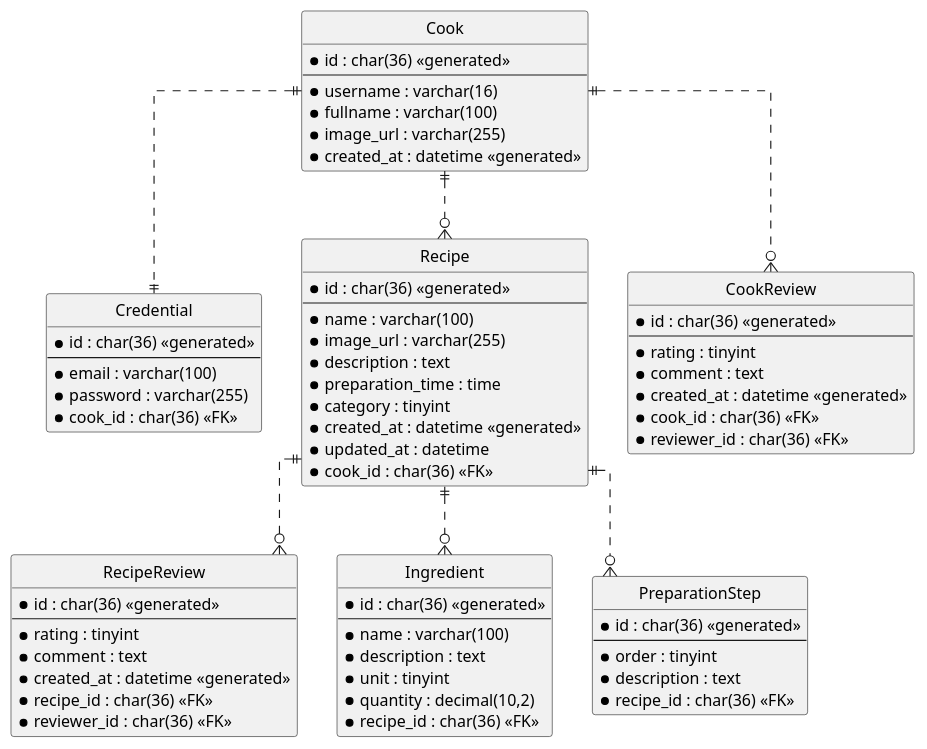
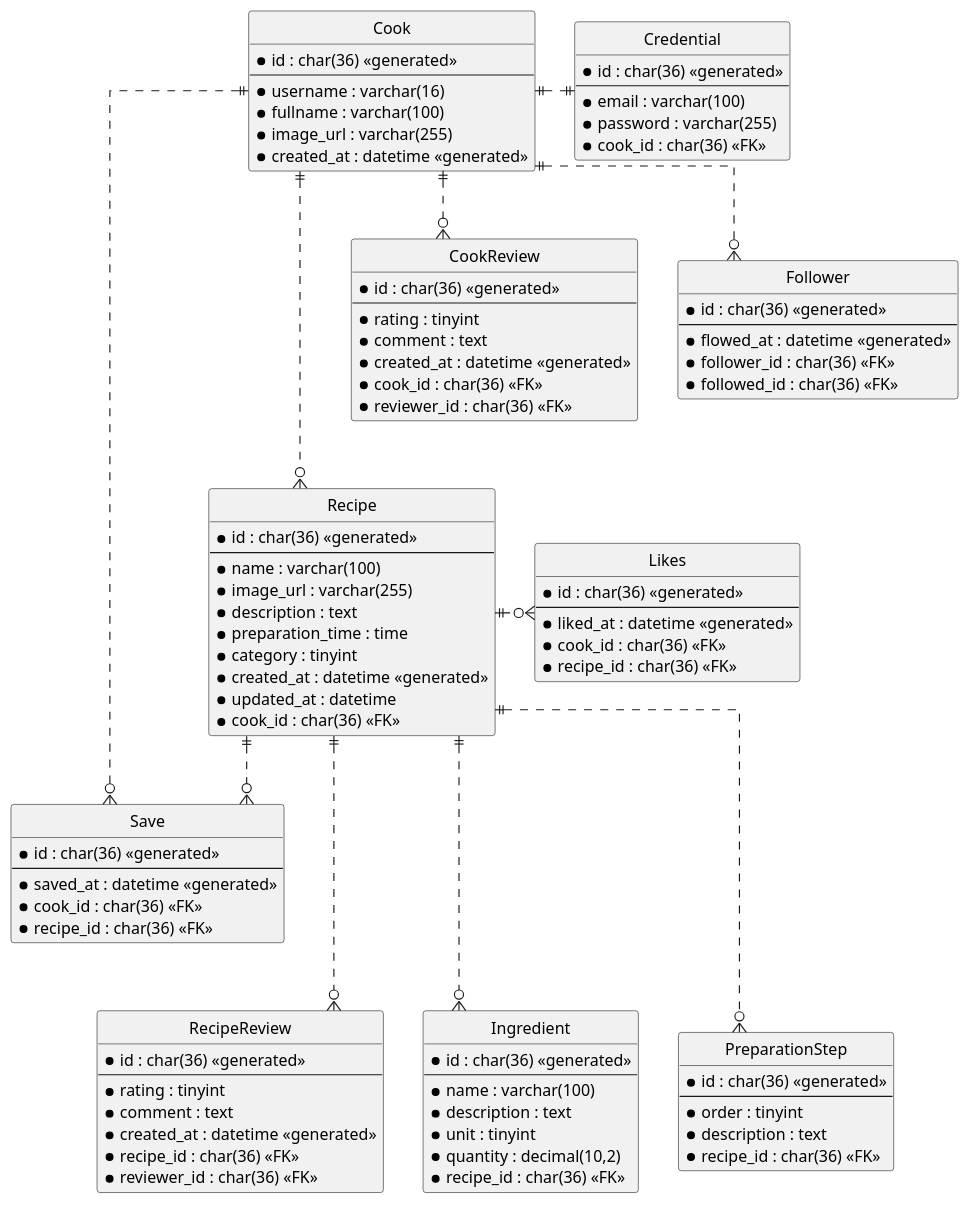
One commit to DAQEM/RecipeFinder changed the diagram in DAL/ERD.puml. Above: the diagram before and after it, drawn with PlantUML. The commit also changed 28 other files, not shown here.

```diff
--- a/DAL/ERD.puml
+++ b/DAL/ERD.puml
@@ -1,82 +1,110 @@
 @startuml
 
 hide circle
 skinparam LineType ortho
 
 entity Cook {
   *id : char(36) <<generated>>
   --
   *username : varchar(16)
   *fullname : varchar(100)
   *image_url : varchar(255)
   *created_at : datetime <<generated>>
 }
 
 entity Credential {
   *id : char(36) <<generated>>
   --
   *email : varchar(100)
   *password : varchar(255)
   *cook_id : char(36) <<FK>>
 }
 
 entity Recipe {
   *id : char(36) <<generated>>
   --
   *name : varchar(100)
   *image_url : varchar(255)
   *description : text
   *preparation_time : time
   *category : tinyint
   *created_at : datetime <<generated>>
   *updated_at : datetime
   *cook_id : char(36) <<FK>>
 }
 
 entity RecipeReview {
   *id : char(36) <<generated>>
   --
   *rating : tinyint
   *comment : text
   *created_at : datetime <<generated>>
   *recipe_id : char(36) <<FK>>
   *reviewer_id : char(36) <<FK>>
 }
 
 entity CookReview {
   *id : char(36) <<generated>>
   --
   *rating : tinyint
   *comment : text
   *created_at : datetime <<generated>>
   *cook_id : char(36) <<FK>>
   *reviewer_id : char(36) <<FK>>
 }
 
 entity Ingredient {
   *id : char(36) <<generated>>
   --
   *name : varchar(100)
   *description : text
   *unit : tinyint
   *quantity : decimal(10,2)
   *recipe_id : char(36) <<FK>>
 }
 
 entity PreparationStep {
   *id : char(36) <<generated>>
   --
   *order : tinyint
   *description : text
   *recipe_id : char(36) <<FK>>
 }
 
-Cook ||..|| Credential
-Cook ||..o{ Recipe
+entity Follower {
+  *id : char(36) <<generated>>
+  --
+  *flowed_at : datetime <<generated>>
+  *follower_id : char(36) <<FK>>
+  *followed_id : char(36) <<FK>>
+}
+
+entity Save {
+  *id : char(36) <<generated>>
+  --
+  *saved_at : datetime <<generated>>
+  *cook_id : char(36) <<FK>>
+  *recipe_id : char(36) <<FK>>
+}
+
+entity Likes {
+  *id : char(36) <<generated>>
+  --
+  *liked_at : datetime <<generated>>
+  *cook_id : char(36) <<FK>>
+  *recipe_id : char(36) <<FK>>
+}
+
+Cook ||.|| Credential
+Cook ||...o{ Recipe
 Cook ||..o{ CookReview
+Cook ||..o{ Follower
+Cook ||.o{ Save
 
-Recipe ||..o{ RecipeReview
-Recipe ||..o{ Ingredient
-Recipe ||..o{ PreparationStep
+Recipe ||...o{ RecipeReview
+Recipe ||...o{ Ingredient
+Recipe ||...o{ PreparationStep
+Recipe ||.o{ Likes
+Recipe ||..o{ Save
 
 @enduml
```
